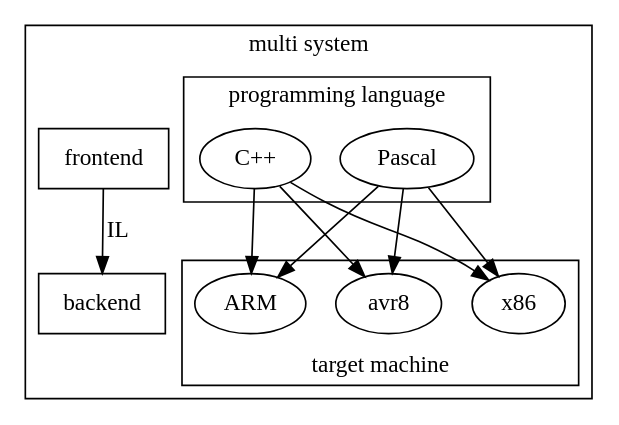
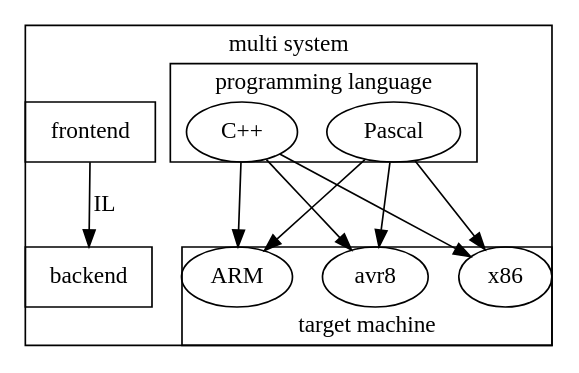
One commit to ponyatov/uc changed the diagram in doc/frontback.dot. Above: the diagram before and after it, drawn with Graphviz. The commit also changed 1 other file, not shown here.

```diff
--- a/doc/frontback.dot
+++ b/doc/frontback.dot
@@ -1,27 +1,27 @@
 digraph compiler {
-//margin=0; 
+margin=0; 
 pad=0;
 rankdir=TB;
 compound=true;
 
 //ILopt -> Mopt [label=" IL",ltail=cluster_frontend,lhead=cluster_backend];
  subgraph cluster { label="multi system";
  subgraph cluster_F{ label="programming language";
 //  frontend; 
 Cpp; Pascal;
  }
  subgraph cluster_B{ label="target machine"; labelloc=b;
 //  backend; 
 x86; avr8; ARM;
  }
  
  Cpp[label="C++"];
  
  { frontend [shape=box] } -> { backend [shape=box] } [label=" IL"];
  
  //Cpp -> backend;
  Cpp->x86;Cpp -> avr8; Cpp -> ARM; 
  Pascal->x86;Pascal -> avr8; Pascal -> ARM; 
  //{rank=same; frontend; backend;}
  }
 }
```
